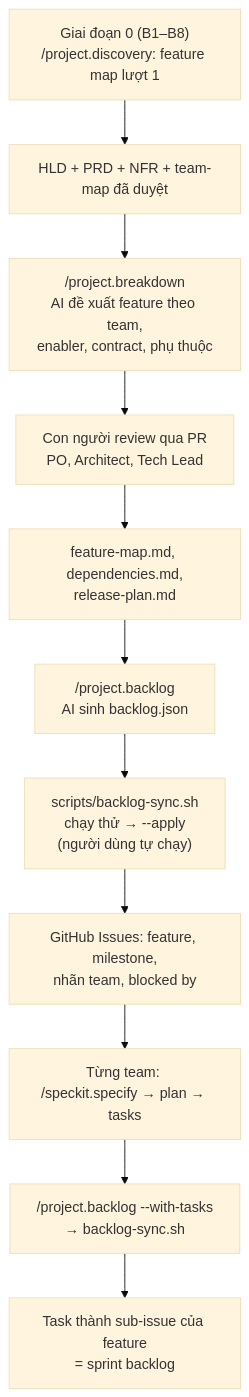
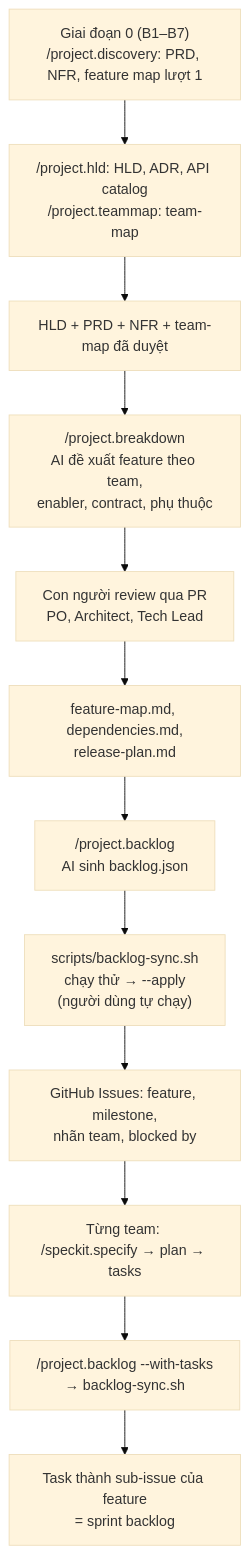
Before and after one commit to mrvntech/self-study: the diagram in speckit-backlog.md, drawn with Mermaid (base theme). The commit also changed other lines of this file and 7 other files, not shown here.

First line of the commit message:
Add /project.hld and /project.teammap commands

````diff
--- a/speckit-backlog.md
+++ b/speckit-backlog.md
@@ -98,13 +98,14 @@
 ```mermaid
 flowchart TB
-    Z["Giai đoạn 0 (B1–B8)<br/>/project.discovery: feature map lượt 1"] --> A
+    Z["Giai đoạn 0 (B1–B7)<br/>/project.discovery: PRD, NFR, feature map lượt 1"] --> Z2
+    Z2["/project.hld: HLD, ADR, API catalog<br/>/project.teammap: team-map"] --> A
     A[HLD + PRD + NFR + team-map đã duyệt] --> B["/project.breakdown<br/>AI đề xuất feature theo team,<br/>enabler, contract, phụ thuộc"]
     B --> C[Con người review qua PR<br/>PO, Architect, Tech Lead]
     C --> D[feature-map.md, dependencies.md,<br/>release-plan.md]
     D --> E["/project.backlog<br/>AI sinh backlog.json"]
     E --> F["scripts/backlog-sync.sh<br/>chạy thử → --apply<br/>(người dùng tự chạy)"]
     F --> G[GitHub Issues: feature, milestone,<br/>nhãn team, blocked by]
     G --> H["Từng team: /speckit.specify → plan → tasks"]
     H --> I["/project.backlog --with-tasks<br/>→ backlog-sync.sh"]
     I --> J[Task thành sub-issue của feature<br/>= sprint backlog]
 ```
````
